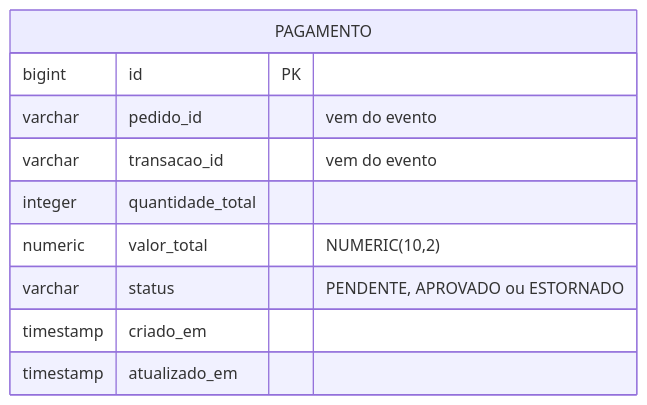
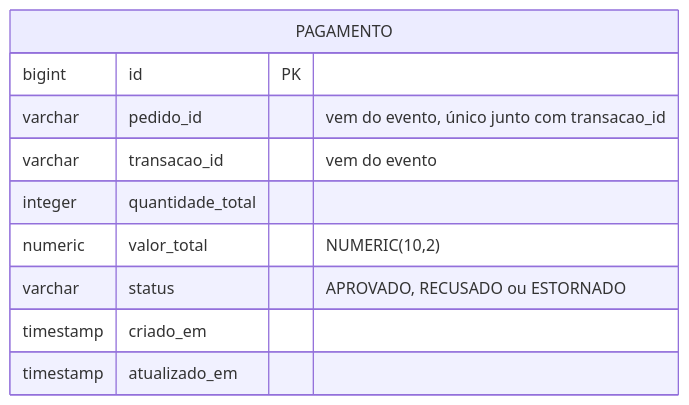
One commit to Carloseman1/padrao-saga-orquestrado-em-microsservi-os changed the fifth of 7 diagrams in README.md. Above: the diagram before and after it, drawn with Mermaid. The commit also changed other lines of this file and 1 other file, not shown here.

````diff
--- a/README.md
+++ b/README.md
@@ -288,13 +307,13 @@
 ```mermaid
 erDiagram
     PAGAMENTO {
         bigint id PK
-        varchar pedido_id "vem do evento"
+        varchar pedido_id "vem do evento, único junto com transacao_id"
         varchar transacao_id "vem do evento"
         integer quantidade_total
         numeric valor_total "NUMERIC(10,2)"
-        varchar status "PENDENTE, APROVADO ou ESTORNADO"
+        varchar status "APROVADO, RECUSADO ou ESTORNADO"
         timestamp criado_em
         timestamp atualizado_em
     }
 ```
````
